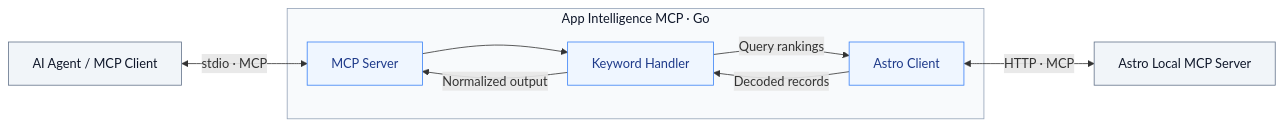
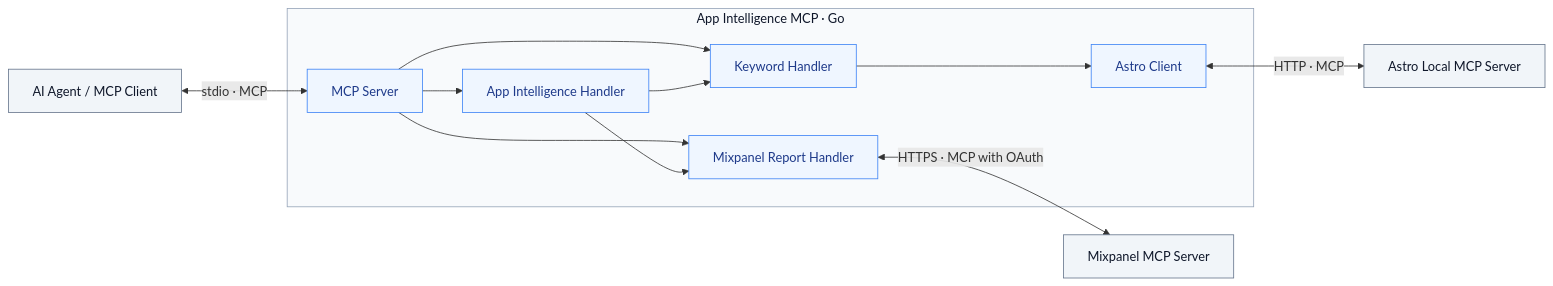
The diagram in README.md (nodemt/app-intelligence-mcp), drawn with Mermaid before and after one commit. The commit also changed other lines of this file and 1 other file, not shown here.

Commit message:
docs: document Mixpanel login and combined MCP setup

````diff
--- a/README.md
+++ b/README.md
@@ -155,24 +247,30 @@
 ```mermaid
 flowchart LR
     Agent["AI Agent / MCP Client"]
     Astro["Astro Local MCP Server"]
+    Mixpanel["Mixpanel MCP Server"]
 
     subgraph App["App Intelligence MCP · Go"]
         Server["MCP Server"]
         Handler["Keyword Handler"]
         Client["Astro Client"]
+        Combined["App Intelligence Handler"]
+        Reports["Mixpanel Report Handler"]
         Server --> Handler
-        Handler -->|"Query rankings"| Client
-        Client -->|"Decoded records"| Handler
-        Handler -->|"Normalized output"| Server
+        Server --> Reports
+        Server --> Combined
+        Combined --> Handler
+        Combined --> Reports
+        Handler --> Client
     end
 
     Agent <-->|"stdio · MCP"| Server
     Client <-->|"HTTP · MCP"| Astro
+    Reports <-->|"HTTPS · MCP with OAuth"| Mixpanel
 
     classDef external fill:#f1f5f9,stroke:#64748b,color:#0f172a
     classDef component fill:#eff6ff,stroke:#3b82f6,color:#1e3a8a
-    class Agent,Astro external
-    class Server,Handler,Client component
+    class Agent,Astro,Mixpanel external
+    class Server,Handler,Client,Combined,Reports component
     style App fill:#f8fafc,stroke:#94a3b8,color:#0f172a
 ```
````
